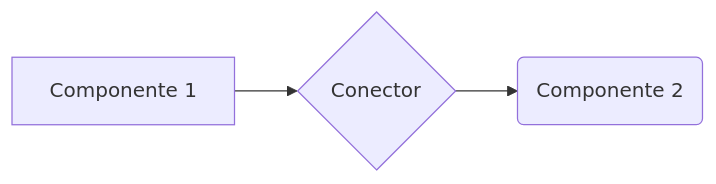
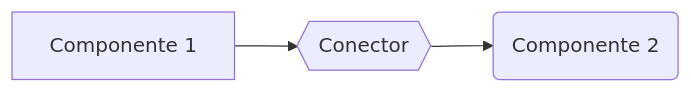
The first of 4 diagrams in docs/arch/index.md (lasarojc/ds_notes), drawn with Mermaid before and after one commit. The commit also changed other lines of this file and 4 other files, not shown here.

````diff
--- a/docs/arch/index.md
+++ b/docs/arch/index.md
@@ -16,4 +16,4 @@
 ```mermaid
 graph LR
-    A[Componente 1] --> C{Conector} --> B(Componente 2)
+    A[Componente 1] --> C{{Conector}} --> B(Componente 2)
 ```
````
